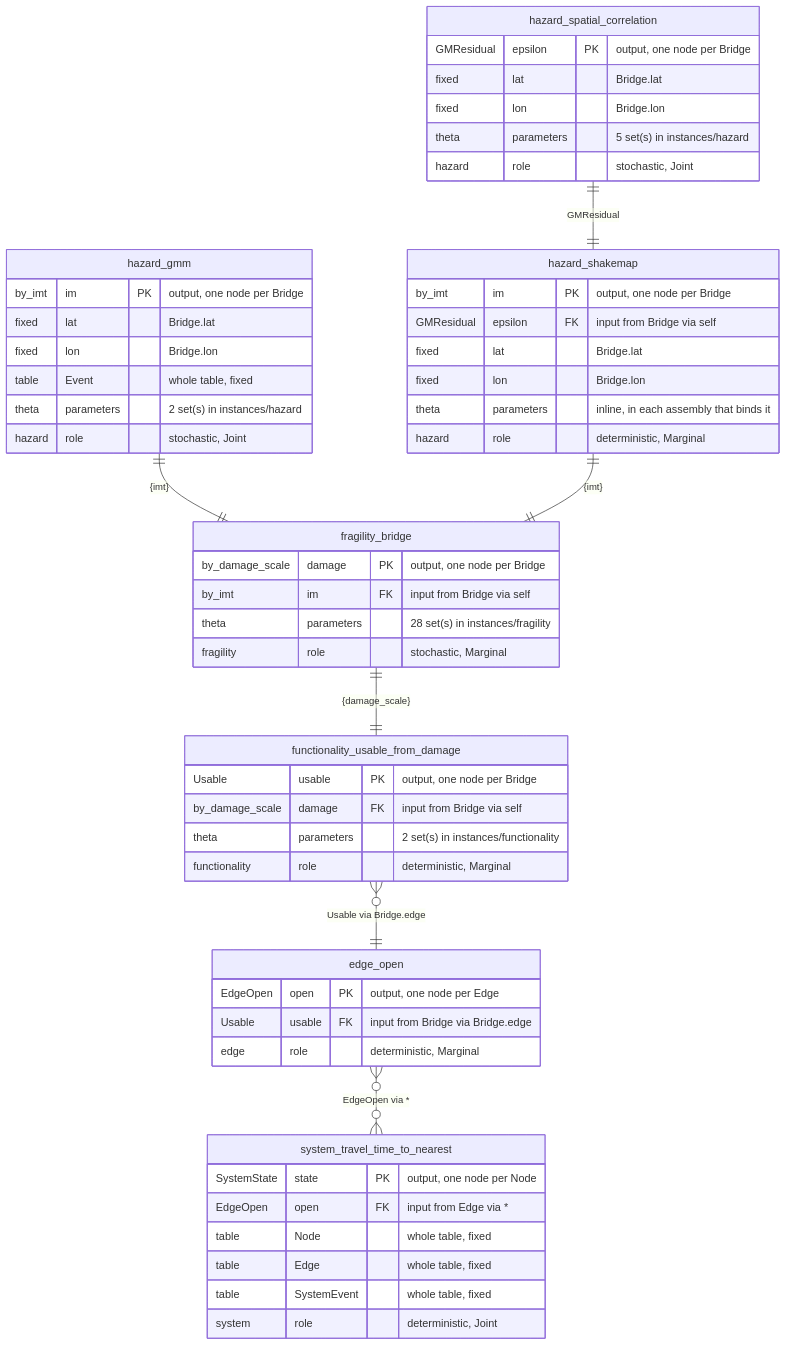
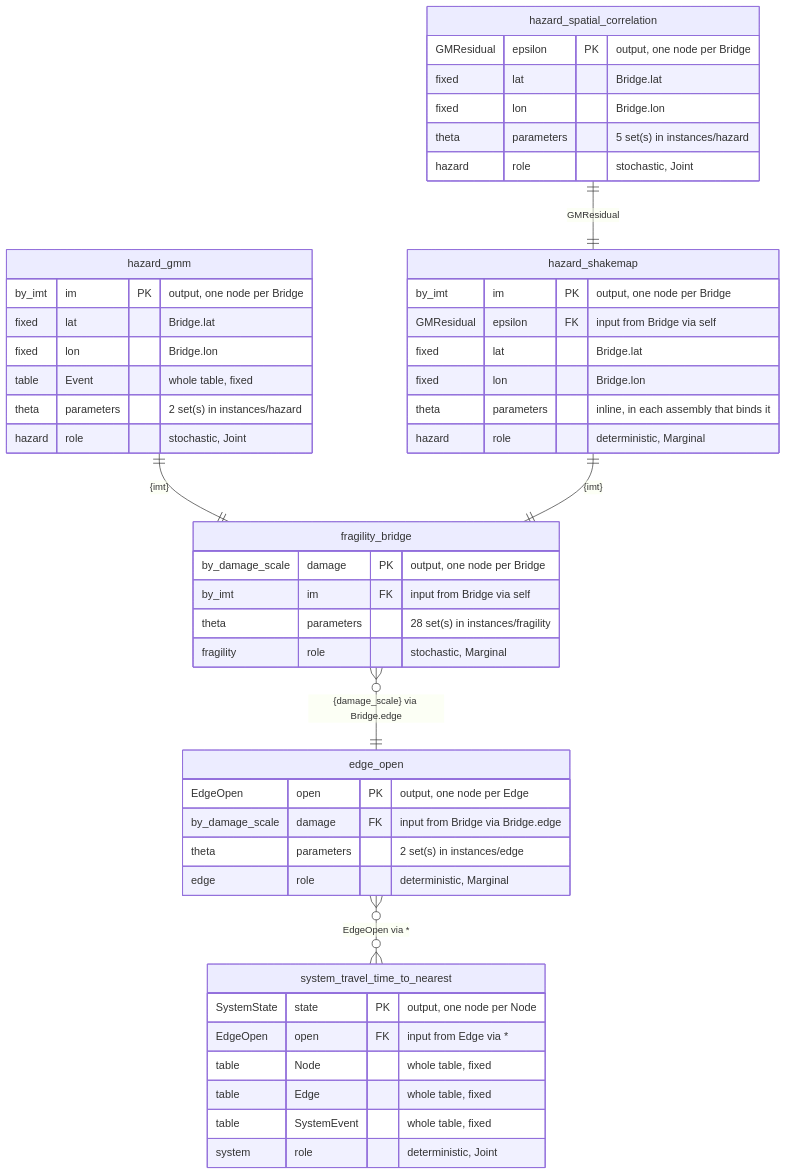
One commit to dynaryu/bn-transport-eq changed the first of 2 diagrams in schema/diagram.md. Above: the diagram before and after it, drawn with Mermaid. The commit also changed other lines of this file and 63 other files, not shown here.

````diff
--- a/schema/diagram.md
+++ b/schema/diagram.md
@@ -13,57 +13,51 @@
 ```mermaid
 erDiagram
     hazard_gmm {
         by_imt im PK "output, one node per Bridge"
         fixed lat "Bridge.lat"
         fixed lon "Bridge.lon"
         table Event "whole table, fixed"
         theta parameters "2 set(s) in instances/hazard"
         hazard role "stochastic, Joint"
     }
     hazard_shakemap {
         by_imt im PK "output, one node per Bridge"
         GMResidual epsilon FK "input from Bridge via self"
         fixed lat "Bridge.lat"
         fixed lon "Bridge.lon"
         theta parameters "inline, in each assembly that binds it"
         hazard role "deterministic, Marginal"
     }
     hazard_spatial_correlation {
         GMResidual epsilon PK "output, one node per Bridge"
         fixed lat "Bridge.lat"
         fixed lon "Bridge.lon"
         theta parameters "5 set(s) in instances/hazard"
         hazard role "stochastic, Joint"
     }
     fragility_bridge {
         by_damage_scale damage PK "output, one node per Bridge"
         by_imt im FK "input from Bridge via self"
         theta parameters "28 set(s) in instances/fragility"
         fragility role "stochastic, Marginal"
     }
-    functionality_usable_from_damage {
-        Usable usable PK "output, one node per Bridge"
-        by_damage_scale damage FK "input from Bridge via self"
-        theta parameters "2 set(s) in instances/functionality"
-        functionality role "deterministic, Marginal"
-    }
     edge_open {
         EdgeOpen open PK "output, one node per Edge"
-        Usable usable FK "input from Bridge via Bridge.edge"
+        by_damage_scale damage FK "input from Bridge via Bridge.edge"
+        theta parameters "2 set(s) in instances/edge"
         edge role "deterministic, Marginal"
     }
     system_travel_time_to_nearest {
         SystemState state PK "output, one node per Node"
         EdgeOpen open FK "input from Edge via *"
         table Node "whole table, fixed"
         table Edge "whole table, fixed"
         table SystemEvent "whole table, fixed"
         system role "deterministic, Joint"
     }
     hazard_spatial_correlation ||--|| hazard_shakemap : "GMResidual"
     hazard_gmm ||--|| fragility_bridge : "{imt}"
     hazard_shakemap ||--|| fragility_bridge : "{imt}"
-    fragility_bridge ||--|| functionality_usable_from_damage : "{damage_scale}"
-    functionality_usable_from_damage }o--|| edge_open : "Usable via Bridge.edge"
+    fragility_bridge }o--|| edge_open : "{damage_scale} via Bridge.edge"
     edge_open }o--o{ system_travel_time_to_nearest : "EdgeOpen via *"
 ```
````
